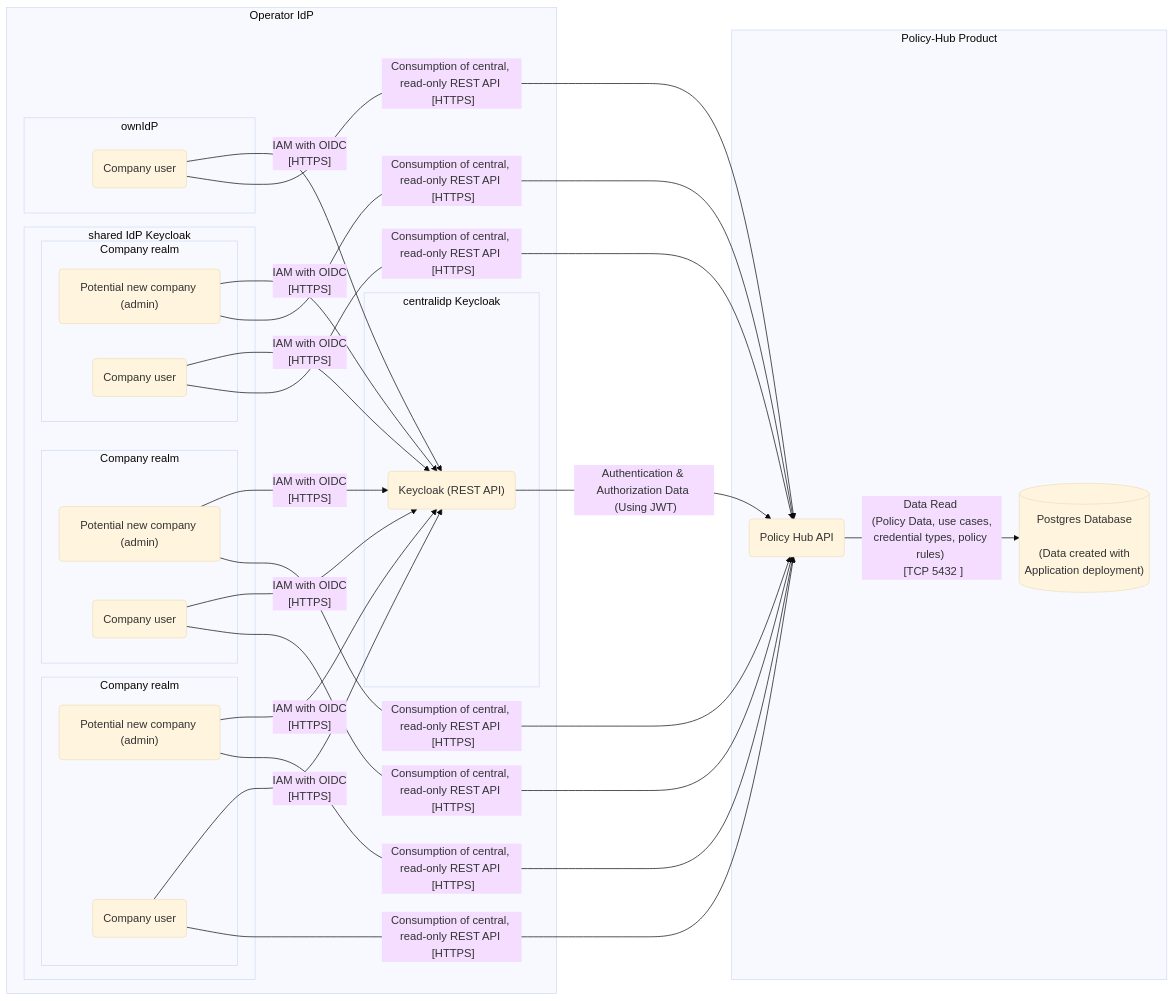
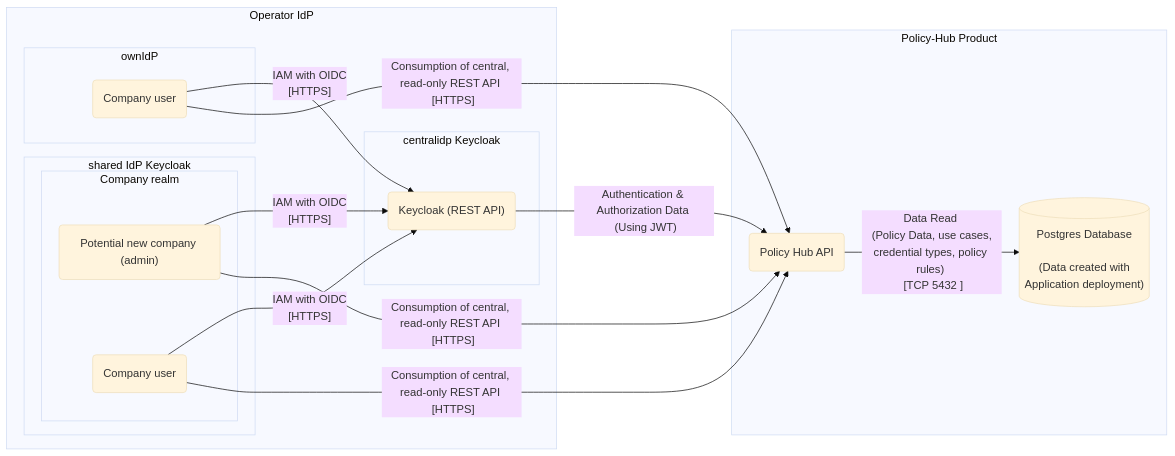
Before and after one commit to eclipse-tractusx/policy-hub: the diagram in docs/technical-documentation/Security_Assessment.md, drawn with Mermaid (base theme).

Commit message:
Update Security_Assessment.md
De-complicated diagram :)

````diff
--- a/docs/technical-documentation/Security_Assessment.md
+++ b/docs/technical-documentation/Security_Assessment.md
@@ -22,68 +22,51 @@
 ```mermaid
 flowchart LR
 
     CU-Own(Company user)
     NC1("Potential new company (admin)")
     CU-Shared1(Company user)
-
-    NC2("Potential new company (admin)")
-    CU-Shared2(Company user)
-
-    NC3("Potential new company (admin)")
-    CU-Shared3(Company user)
 
     K("Keycloak (REST API)")
 
     PH(Policy Hub API)
     PHD[("Postgres Database \n \n (Data created with \nApplication deployment)")]
 
     subgraph operator[Operator IdP]
       subgraph centralidp[centralidp Keycloak]
       K
       end
 
     subgraph sharedidp[shared IdP Keycloak]
         subgraph companyrealm1[Company realm]
         NC1
         CU-Shared1
         end
-        subgraph companyrealm2[Company realm]
-        NC2
-        CU-Shared2
-        end
-        subgraph companyrealm3[Company realm]
-        NC3
-        CU-Shared3
-        end
+
       end
     
 
     subgraph ownIdP
         CU-Own
     end
     
     end
         NC1-->|"IAM with OIDC \n [HTTPS]"|K
-        NC2-->|"IAM with OIDC \n [HTTPS]"|K
-        NC3-->|"IAM with OIDC \n [HTTPS]"|K
+
         CU-Shared1-->|"IAM with OIDC \n [HTTPS]"|K
-        CU-Shared2-->|"IAM with OIDC \n [HTTPS]"|K
-        CU-Shared3-->|"IAM with OIDC \n [HTTPS]"|K
+
         CU-Own-->|"IAM with OIDC \n [HTTPS]"|K
 
     subgraph Policy-Hub Product
 
         PH-->|"Data Read \n (Policy Data, use cases, credential types, policy rules) \n [TCP 5432 ]"|PHD
 
     end
 
     K-->|"Authentication & Authorization Data \n (Using JWT)"|PH
             
         NC1-->|"Consumption of central, read-only REST API \n [HTTPS]"|PH
-        NC2-->|"Consumption of central, read-only REST API \n [HTTPS]"|PH
-        NC3-->|"Consumption of central, read-only REST API \n [HTTPS]"|PH
+
         CU-Shared1-->|"Consumption of central, read-only REST API \n [HTTPS]"|PH
-        CU-Shared2-->|"Consumption of central, read-only REST API \n [HTTPS]"|PH
-        CU-Shared3-->|"Consumption of central, read-only REST API \n [HTTPS]"|PH
+
         CU-Own-->|"Consumption of central, read-only REST API \n [HTTPS]"|PH
 ```
````
